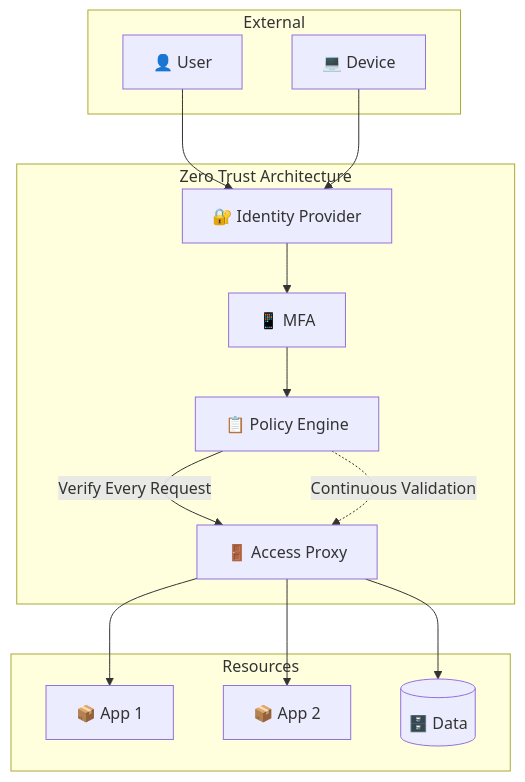
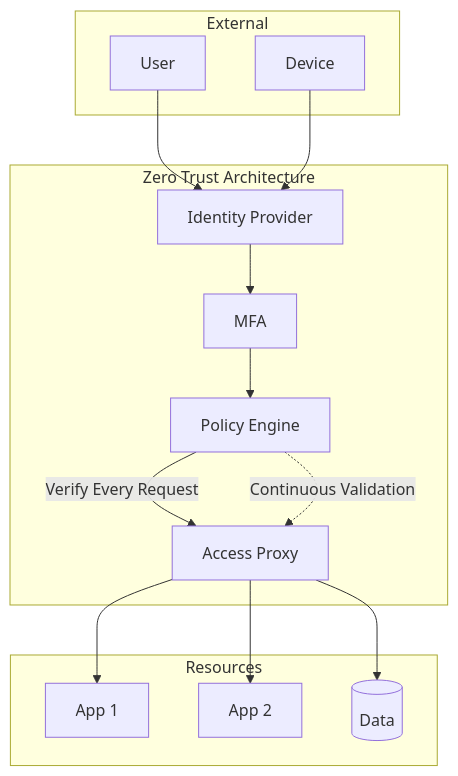
The diagram in examples/zero-trust.mmd (hexobandit/X9_simplemermaid), drawn with Mermaid before and after one commit. The commit also changed 25 other files, not shown here.

```diff
--- a/examples/zero-trust.mmd
+++ b/examples/zero-trust.mmd
@@ -1,25 +1,25 @@
 flowchart TB
 subgraph External
-User[👤 User]
-Device[💻 Device]
+User[User]
+Device[Device]
 end
 subgraph ZeroTrust [Zero Trust Architecture]
-IDP[🔐 Identity Provider]
-MFA[📱 MFA]
-Policy[📋 Policy Engine]
-Access[🚪 Access Proxy]
+IDP[Identity Provider]
+MFA[MFA]
+Policy[Policy Engine]
+Access[Access Proxy]
 end
 subgraph Resources
-App1[📦 App 1]
-App2[📦 App 2]
-Data[(🗄️ Data)]
+App1[App 1]
+App2[App 2]
+Data[(Data)]
 end
 User --> IDP
 Device --> IDP
 IDP --> MFA
 MFA --> Policy
 Policy -->|Verify Every Request| Access
 Access --> App1
 Access --> App2
 Access --> Data
 Policy -.->|Continuous Validation| Access
```
